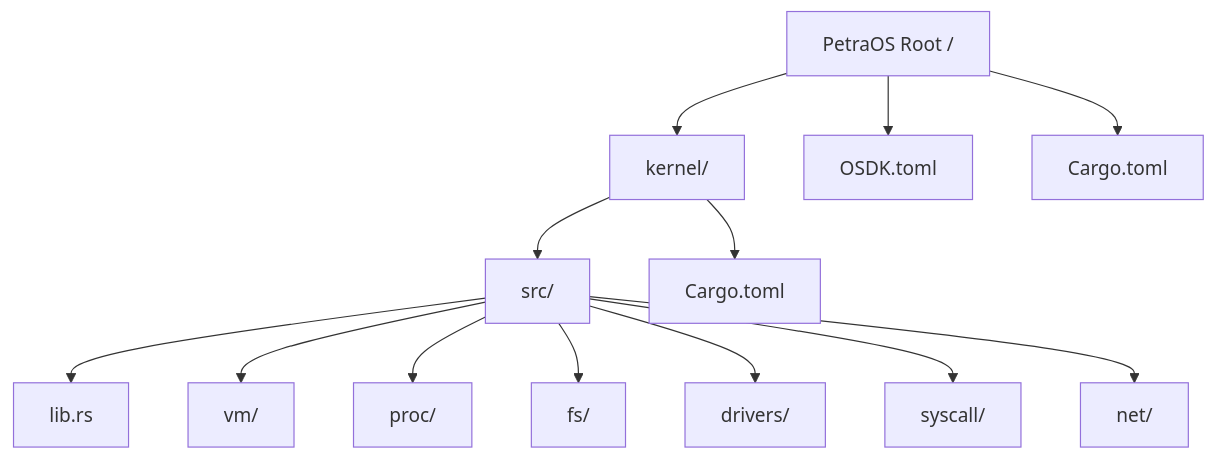
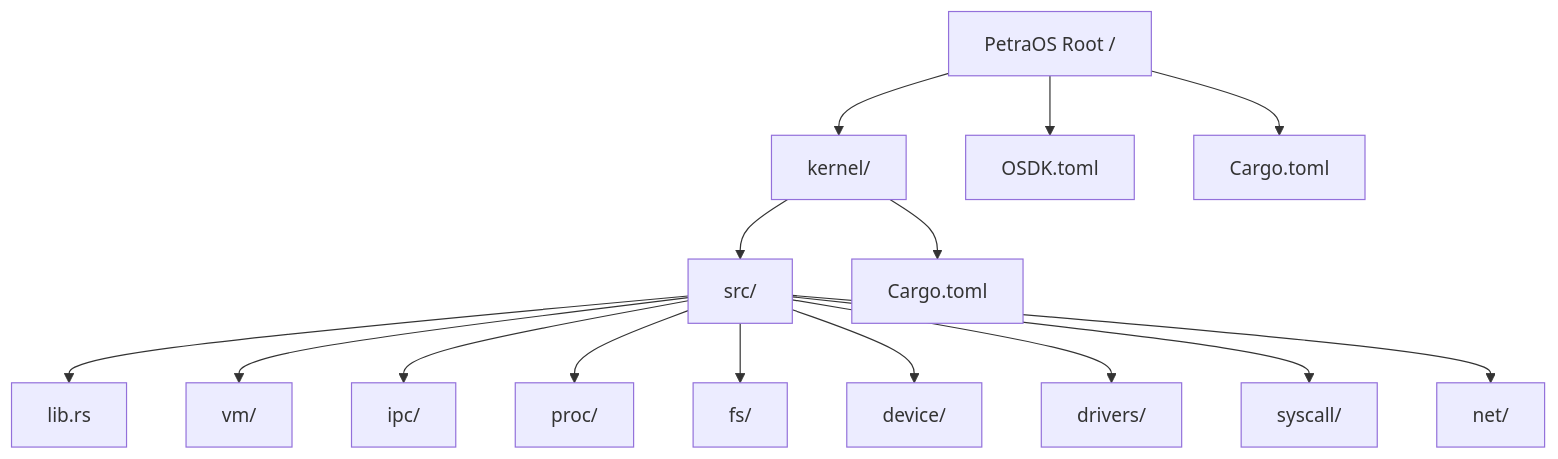
One commit to Ananta98/PetraOS changed the diagram in AGENTS.md. Above: the diagram before and after it, drawn with Mermaid. The commit also changed other lines of this file, not shown here.

````diff
--- a/AGENTS.md
+++ b/AGENTS.md
@@ -29,17 +29,19 @@
 ```mermaid
 graph TD
     Root[PetraOS Root /] --> Kernel[kernel/]
     Root --> OSDK_Config[OSDK.toml]
     Root --> Cargo_Workspace[Cargo.toml]
     
     Kernel --> Src[src/]
     Kernel --> Kernel_Cargo[Cargo.toml]
     
     Src --> Lib[lib.rs]
     Src --> VM[vm/]
+    Src --> IPC[ipc/]
     Src --> Proc[proc/]
     Src --> FS[fs/]
+    Src --> Device[device/]
     Src --> Drivers[drivers/]
     Src --> Syscall[syscall/]
     Src --> Net[net/]
 ```
````
